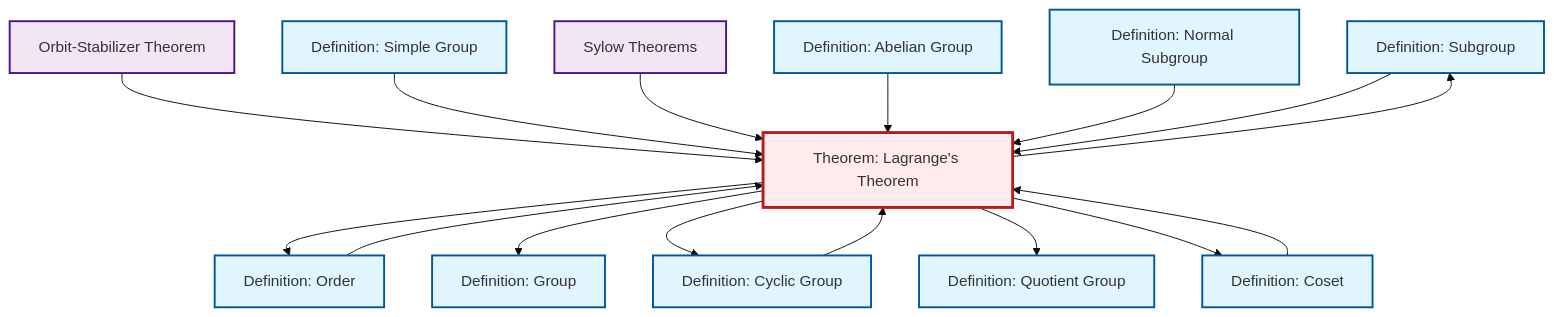
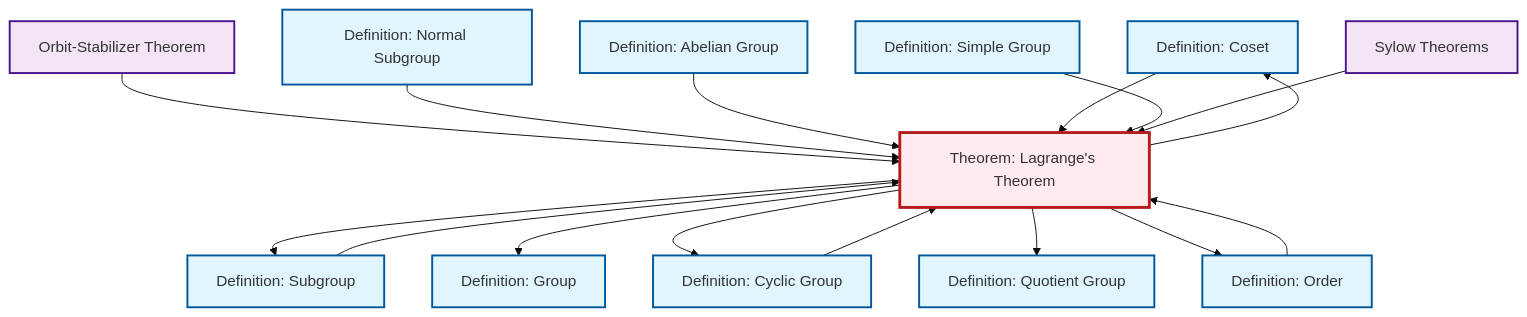
The diagram in content/en/algebra/thm-lagrange.qmd (RK0429/ModernMath), drawn with Mermaid (base theme) before and after one commit. The commit also changed other lines of this file and 328 other files, not shown here.

````diff
--- a/content/en/algebra/thm-lagrange.qmd
+++ b/content/en/algebra/thm-lagrange.qmd
@@ -52,48 +52,48 @@
 ```{mermaid}
 %%| fig-cap: "Local dependency graph"
 graph TD
     classDef definition fill:#e1f5fe,stroke:#01579b,stroke-width:2px
     classDef theorem fill:#f3e5f5,stroke:#4a148c,stroke-width:2px
     classDef axiom fill:#fff3e0,stroke:#e65100,stroke-width:2px
     classDef example fill:#e8f5e9,stroke:#1b5e20,stroke-width:2px
     classDef current fill:#ffebee,stroke:#b71c1c,stroke-width:3px
+    def-coset["Definition: Coset"]:::definition
+    def-normal-subgroup["Definition: Normal Subgroup"]:::definition
+    thm-orbit-stabilizer["Orbit-Stabilizer Theorem"]:::theorem
+    def-order["Definition: Order"]:::definition
+    def-cyclic-group["Definition: Cyclic Group"]:::definition
     def-subgroup["Definition: Subgroup"]:::definition
-    def-normal-subgroup["Definition: Normal Subgroup"]:::definition
-    def-cyclic-group["Definition: Cyclic Group"]:::definition
-    def-order["Definition: Order"]:::definition
+    def-simple-group["Definition: Simple Group"]:::definition
+    thm-lagrange["Theorem: Lagrange's Theorem"]:::theorem
+    def-abelian-group["Definition: Abelian Group"]:::definition
+    def-group["Definition: Group"]:::definition
     def-quotient-group["Definition: Quotient Group"]:::definition
-    thm-orbit-stabilizer["Orbit-Stabilizer Theorem"]:::theorem
-    thm-lagrange["Theorem: Lagrange's Theorem"]:::theorem
-    def-group["Definition: Group"]:::definition
-    def-coset["Definition: Coset"]:::definition
     thm-sylow["Sylow Theorems"]:::theorem
-    def-simple-group["Definition: Simple Group"]:::definition
-    def-abelian-group["Definition: Abelian Group"]:::definition
+    thm-orbit-stabilizer --> thm-lagrange
+    thm-lagrange --> def-coset
     thm-lagrange --> def-subgroup
-    thm-orbit-stabilizer --> thm-lagrange
+    thm-lagrange --> def-group
+    def-normal-subgroup --> thm-lagrange
+    def-subgroup --> thm-lagrange
+    thm-lagrange --> def-cyclic-group
+    def-cyclic-group --> thm-lagrange
+    def-abelian-group --> thm-lagrange
+    thm-lagrange --> def-quotient-group
+    def-coset --> thm-lagrange
+    def-simple-group --> thm-lagrange
     thm-lagrange --> def-order
-    thm-lagrange --> def-group
+    thm-sylow --> thm-lagrange
     def-order --> thm-lagrange
-    def-simple-group --> thm-lagrange
-    thm-sylow --> thm-lagrange
-    def-abelian-group --> thm-lagrange
-    thm-lagrange --> def-cyclic-group
-    def-normal-subgroup --> thm-lagrange
-    thm-lagrange --> def-quotient-group
-    def-subgroup --> thm-lagrange
-    def-cyclic-group --> thm-lagrange
-    def-coset --> thm-lagrange
-    thm-lagrange --> def-coset
     class thm-lagrange current
+    click def-coset "def-coset.html" "Go to Coset definition"
+    click def-normal-subgroup "def-normal-subgroup.html" "Go to Normal Subgroup definition"
+    click thm-orbit-stabilizer "thm-orbit-stabilizer.html" "Go to Orbit-Stabilizer Theorem"
+    click def-order "def-order.html" "Go to Order definition"
+    click def-cyclic-group "def-cyclic-group.html" "Go to Cyclic Group definition"
     click def-subgroup "def-subgroup.html" "Go to Subgroup definition"
-    click def-normal-subgroup "def-normal-subgroup.html" "Go to Normal Subgroup definition"
-    click def-cyclic-group "def-cyclic-group.html" "Go to Cyclic Group definition"
-    click def-order "def-order.html" "Go to Order definition"
-    click def-quotient-group "def-quotient-group.html" "Go to Quotient Group definition"
-    click thm-orbit-stabilizer "thm-orbit-stabilizer.html" "Go to Orbit-Stabilizer Theorem"
-    click def-group "def-group.html" "Go to Group definition"
-    click def-coset "def-coset.html" "Go to Coset definition"
-    click thm-sylow "thm-sylow.html" "Go to Sylow Theorems"
     click def-simple-group "def-simple-group.html" "Go to Simple Group definition"
     click def-abelian-group "def-abelian-group.html" "Go to Abelian Group definition"
+    click def-group "def-group.html" "Go to Group definition"
+    click def-quotient-group "def-quotient-group.html" "Go to Quotient Group definition"
+    click thm-sylow "thm-sylow.html" "Go to Sylow Theorems"
 ```
````
